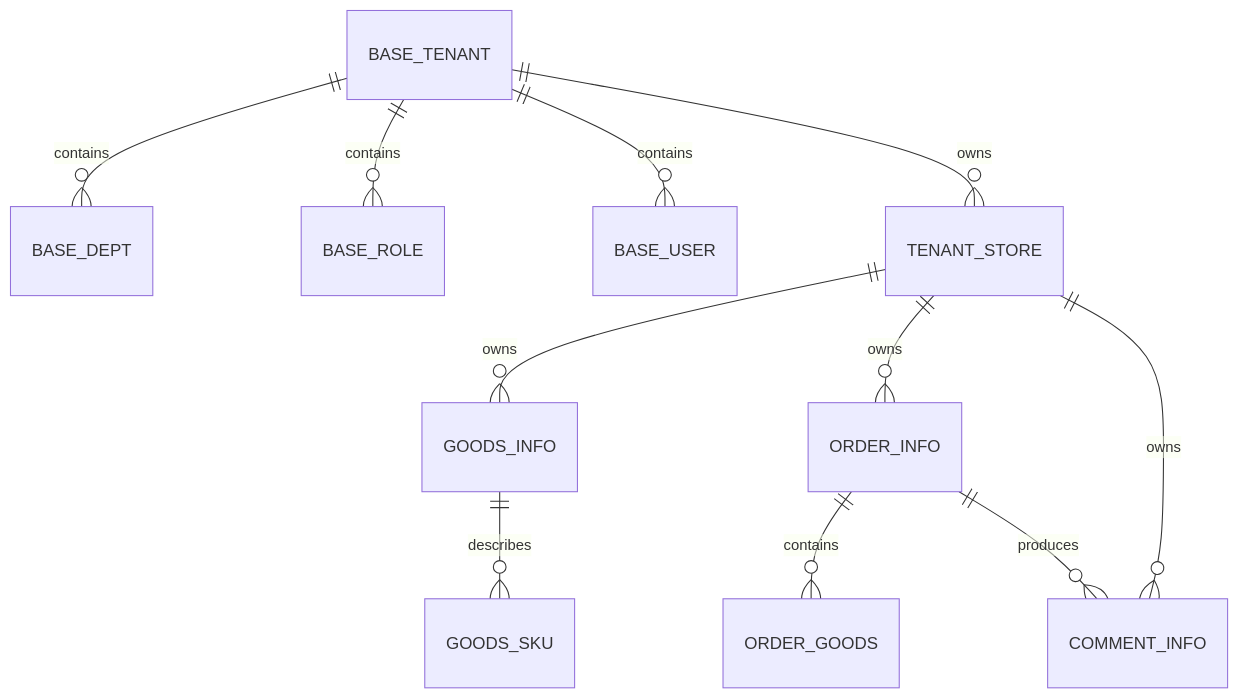
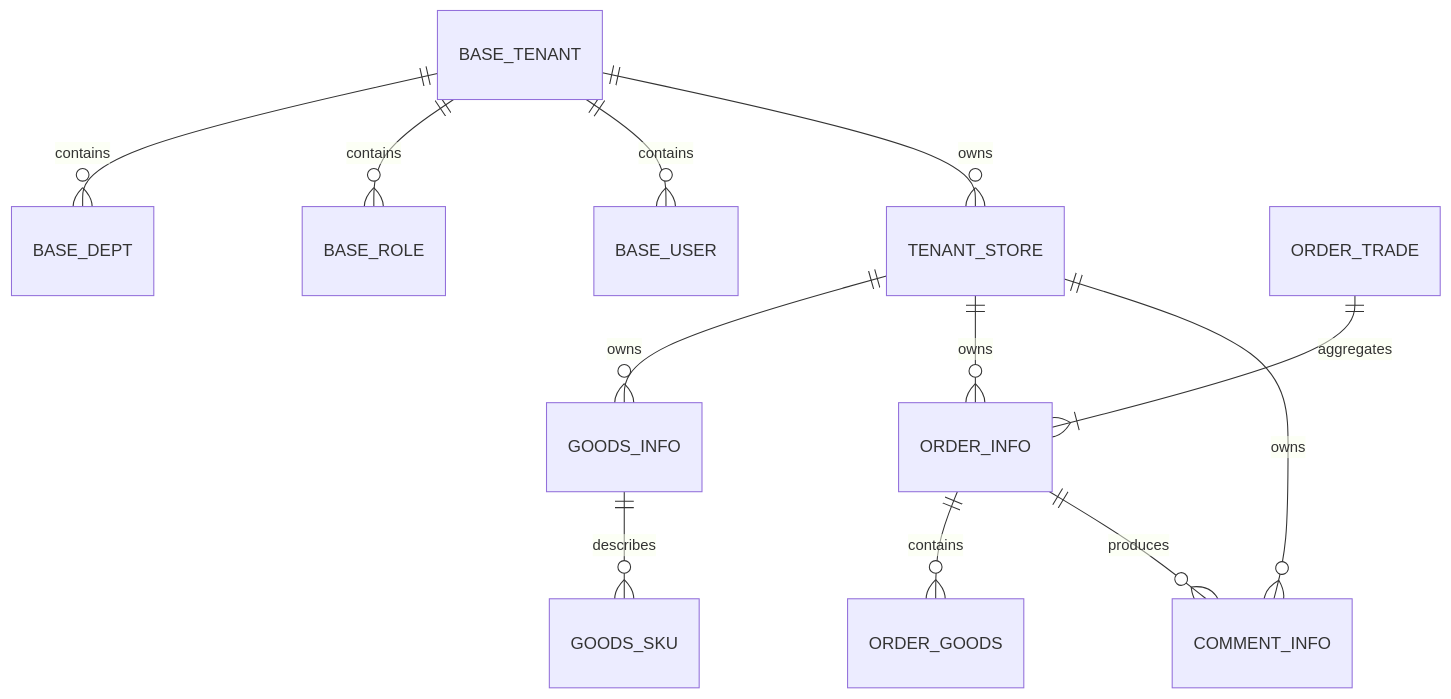
The first of 3 diagrams in docs/租户与门店体系设计.md (liujitcn/shop), drawn with Mermaid before and after one commit. The commit also changed other lines of this file and 61 other files, not shown here.

````diff
--- a/docs/租户与门店体系设计.md
+++ b/docs/租户与门店体系设计.md
@@ -78,13 +77,14 @@
 ```mermaid
 erDiagram
   BASE_TENANT ||--o{ BASE_DEPT : contains
   BASE_TENANT ||--o{ BASE_ROLE : contains
   BASE_TENANT ||--o{ BASE_USER : contains
   BASE_TENANT ||--o{ TENANT_STORE : owns
   TENANT_STORE ||--o{ GOODS_INFO : owns
+  ORDER_TRADE ||--|{ ORDER_INFO : aggregates
   TENANT_STORE ||--o{ ORDER_INFO : owns
   TENANT_STORE ||--o{ COMMENT_INFO : owns
   GOODS_INFO ||--o{ GOODS_SKU : describes
   ORDER_INFO ||--o{ ORDER_GOODS : contains
   ORDER_INFO ||--o{ COMMENT_INFO : produces
 ```
````
